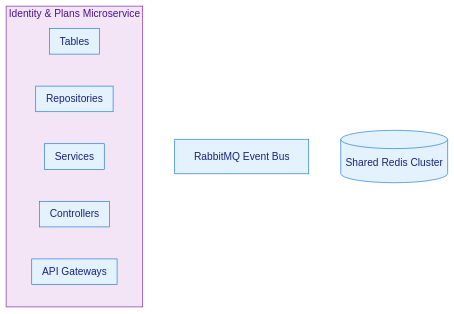
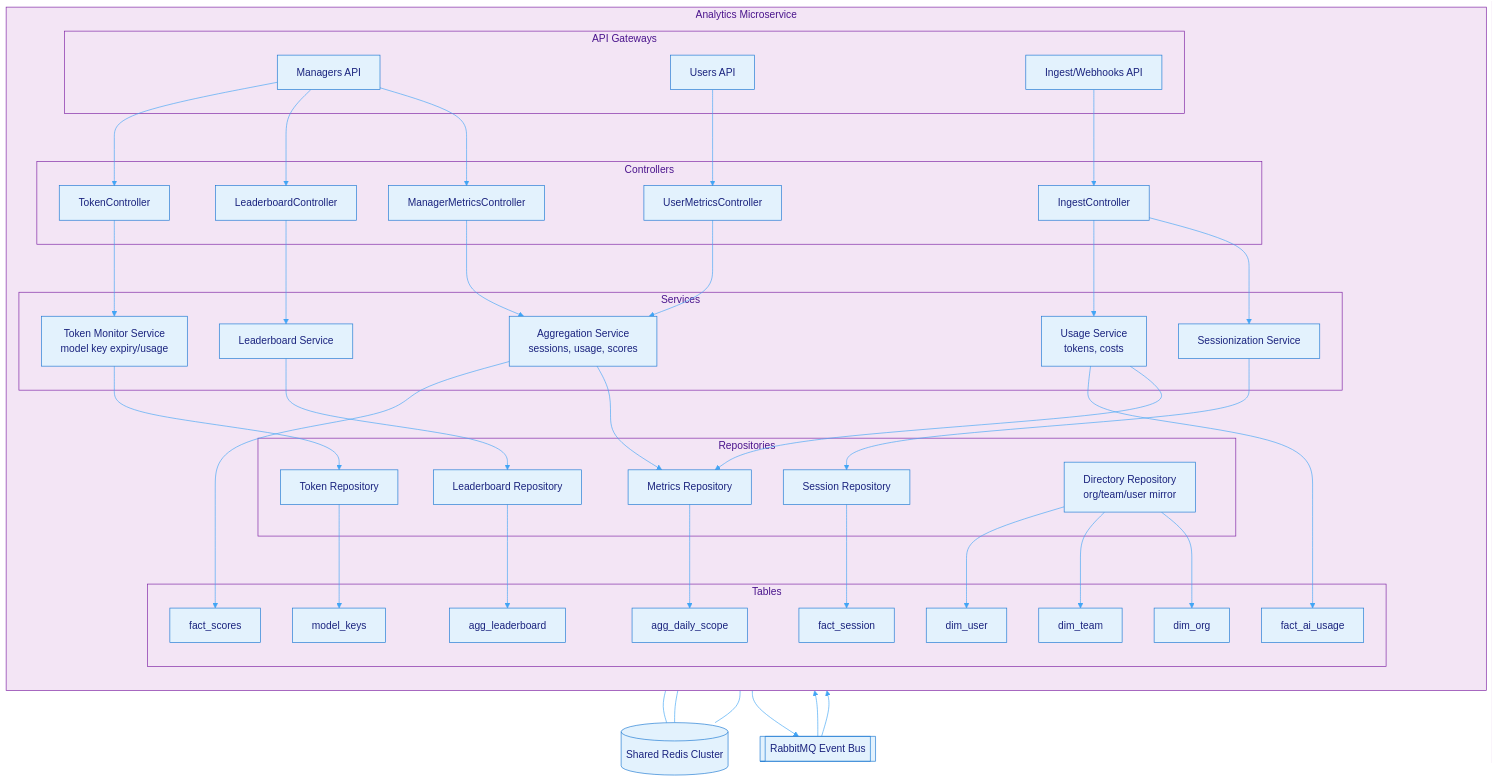
Before and after one commit to MmagdyHafezZ/pitch: the diagram in docs/architecture/MicroServices/Analytics/architecture.mmd, drawn with Mermaid. The commit also changed other lines of this file, not shown here.

Commit message:
Analytics-architecture_diagram

```diff
--- a/docs/architecture/MicroServices/Analytics/architecture.mmd
+++ b/docs/architecture/MicroServices/Analytics/architecture.mmd
@@ -1,56 +1,104 @@
 %%{init: {'theme':'base', 'themeVariables': { 
   'primaryColor':'#e3f2fd',
   'primaryTextColor':'#1a237e',
   'primaryBorderColor':'#1976d2',
   'lineColor':'#42a5f5',
   'secondaryColor':'#fff3e0',
   'secondaryTextColor':'#e65100',
   'secondaryBorderColor':'#fb8c00',
   'tertiaryColor':'#f3e5f5',
   'tertiaryTextColor':'#4a148c',
   'tertiaryBorderColor':'#7b1fa2',
   'noteBkgColor':'#fff9c4',
   'noteTextColor':'#f57f17'
 }}}%%
+    
 flowchart TB
-    %% Identity & Plans Microservice
-    subgraph IdentityPlans["Identity & Plans Microservice"]
-        
-        subgraph API["API Gateways"]
-            
-        end
-        
-        subgraph CTRL["Controllers"]
-            
-        end
-        
-        subgraph SVC["Services"]
-            
-        end
-        
-        subgraph REPO["Repositories"]
-            
-        end
-        
-        subgraph Table["Tables"]
-            
-        end
+  subgraph Analytics["Analytics Microservice"]
+    direction TB
+
+    subgraph API["API Gateways"]
+      G1[Managers API]
+      G2[Users API]
+      G3[Ingest/Webhooks API]
     end
-    
-    %% External Event Bus
-    RabbitMQ[RabbitMQ Event Bus]
-    
-    %% Shared Cache Cluster
-    Redis[(Shared Redis Cluster)]
-    
-    %% Other Microservices
-    
-    
-    %% Internal Flows
-    
-    %% Redis Usage (namespaced keys per service)
-    
-    
-    %% Event Publishing
-    
-    %% Event Consumption
+
+    subgraph CTRL["Controllers"]
+      C1[ManagerMetricsController]
+      C2[LeaderboardController]
+      C3[TokenController]
+      C4[UserMetricsController]
+      C5[IngestController]
+    end
+
+    subgraph SVC["Services"]
+      S1[Aggregation Service\nsessions, usage, scores]
+      S2[Leaderboard Service]
+      S3[Token Monitor Service\nmodel key expiry/usage]
+      S4[Sessionization Service]
+      S5[Usage Service\ntokens, costs]
+    end
+
+    subgraph REPO["Repositories"]
+      R1[Metrics Repository]
+      R2[Leaderboard Repository]
+      R3[Token Repository]
+      R4[Session Repository]
+      R5[Directory Repository\norg/team/user mirror]
+    end
+
+    subgraph TBL["Tables"]
+      T1[dim_org]
+      T2[dim_team]
+      T3[dim_user]
+      T4[fact_session]
+      T5[fact_ai_usage]
+      T6[fact_scores]
+      T7[agg_daily_scope]
+      T8[agg_leaderboard]
+      T9[model_keys]
+    end
+  end
+
+  %% Shared Infra (declare each on its own line)
+  MQ[[RabbitMQ Event Bus]]
+  REDIS[(Shared Redis Cluster)]
+
+  %% Flows
+  G1-->C1
+  G1-->C2
+  G1-->C3
+  G2-->C4
+  G3-->C5
+
+  C1-->S1
+  C2-->S2
+  C3-->S3
+  C4-->S1
+  C5-->S4
+  C5-->S5
+
+  S1-->R1
+  S2-->R2
+  S3-->R3
+  S4-->R4
+  S5-->R1
+
+  R1-->T7
+  R2-->T8
+  R3-->T9
+  R4-->T4
+  R5-->T1
+  R5-->T2
+  R5-->T3
+  S5-->T5
+  S1-->T6
+
+  %% Caching & Events
+  S1---REDIS
+  S2---REDIS
+  S3---REDIS
+
+  MQ-->S4
+  MQ-->S5
+  S1-->MQ
```
